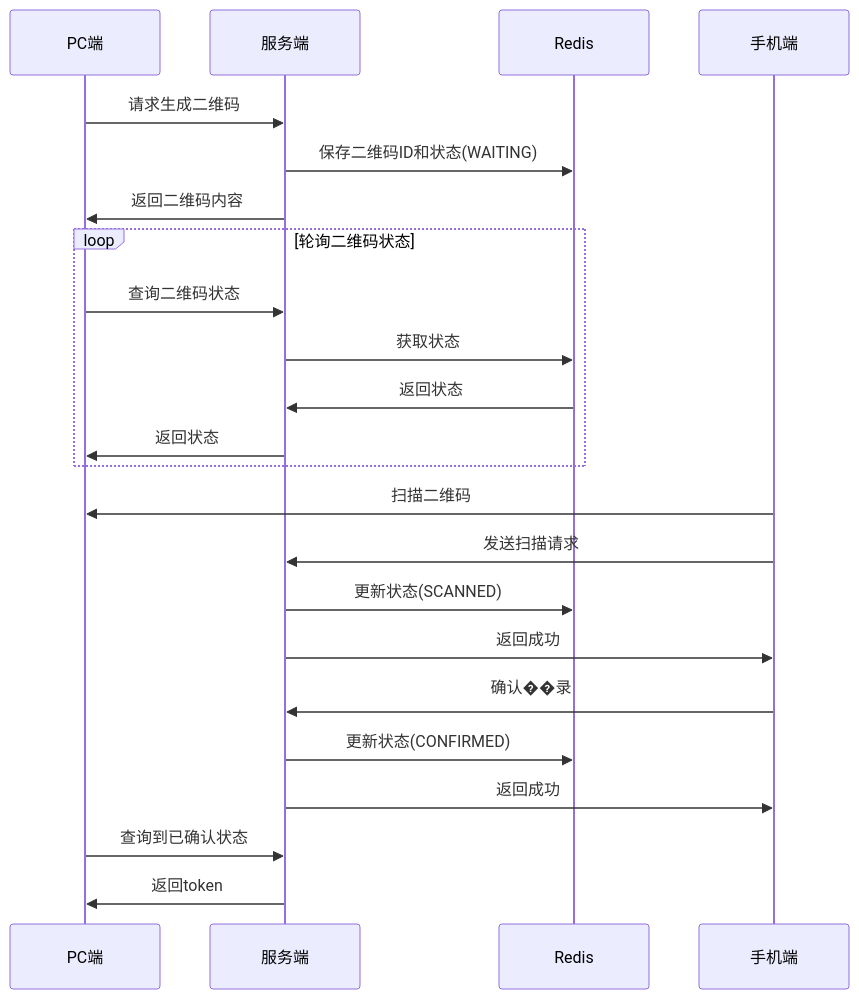
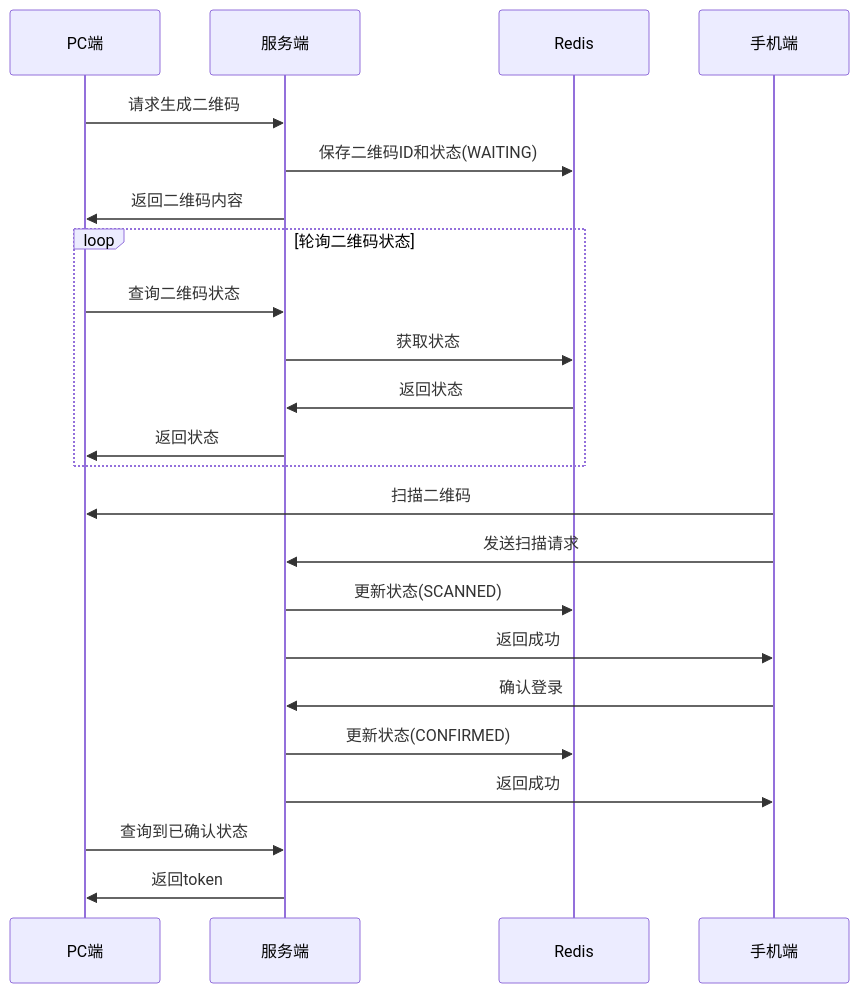
Before and after one commit to cxykyw/qrcode-project: the diagram in README.md, drawn with Mermaid.

Commit message:
修改md时序图描述

````diff
--- a/README.md
+++ b/README.md
@@ -77,30 +77,30 @@
 ```mermaid
 sequenceDiagram
     participant PC as PC端
     participant Server as 服务端
     participant Redis as Redis
     participant Mobile as 手机端
     
     PC->>Server: 请求生成二维码
     Server->>Redis: 保存二维码ID和状态(WAITING)
     Server->>PC: 返回二维码内容
     
     loop 轮询二维码状态
         PC->>Server: 查询二维码状态
         Server->>Redis: 获取状态
         Redis->>Server: 返回状态
         Server->>PC: 返回状态
     end
     
     Mobile->>PC: 扫描二维码
     Mobile->>Server: 发送扫描请求
     Server->>Redis: 更新状态(SCANNED)
     Server->>Mobile: 返回成功
     
-    Mobile->>Server: 确认��录
+    Mobile->>Server: 确认登录
     Server->>Redis: 更新状态(CONFIRMED)
     Server->>Mobile: 返回成功
     
     PC->>Server: 查询到已确认状态
     Server->>PC: 返回token
 ```
````
